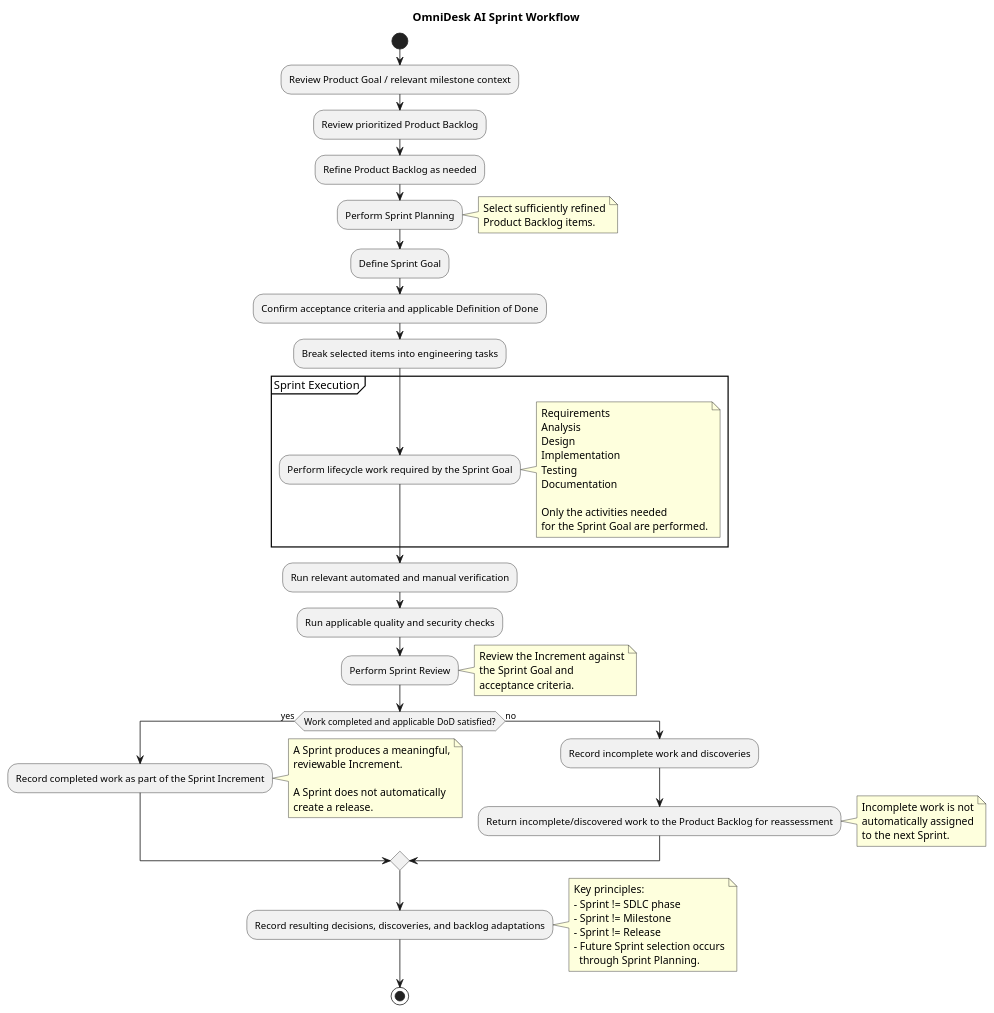
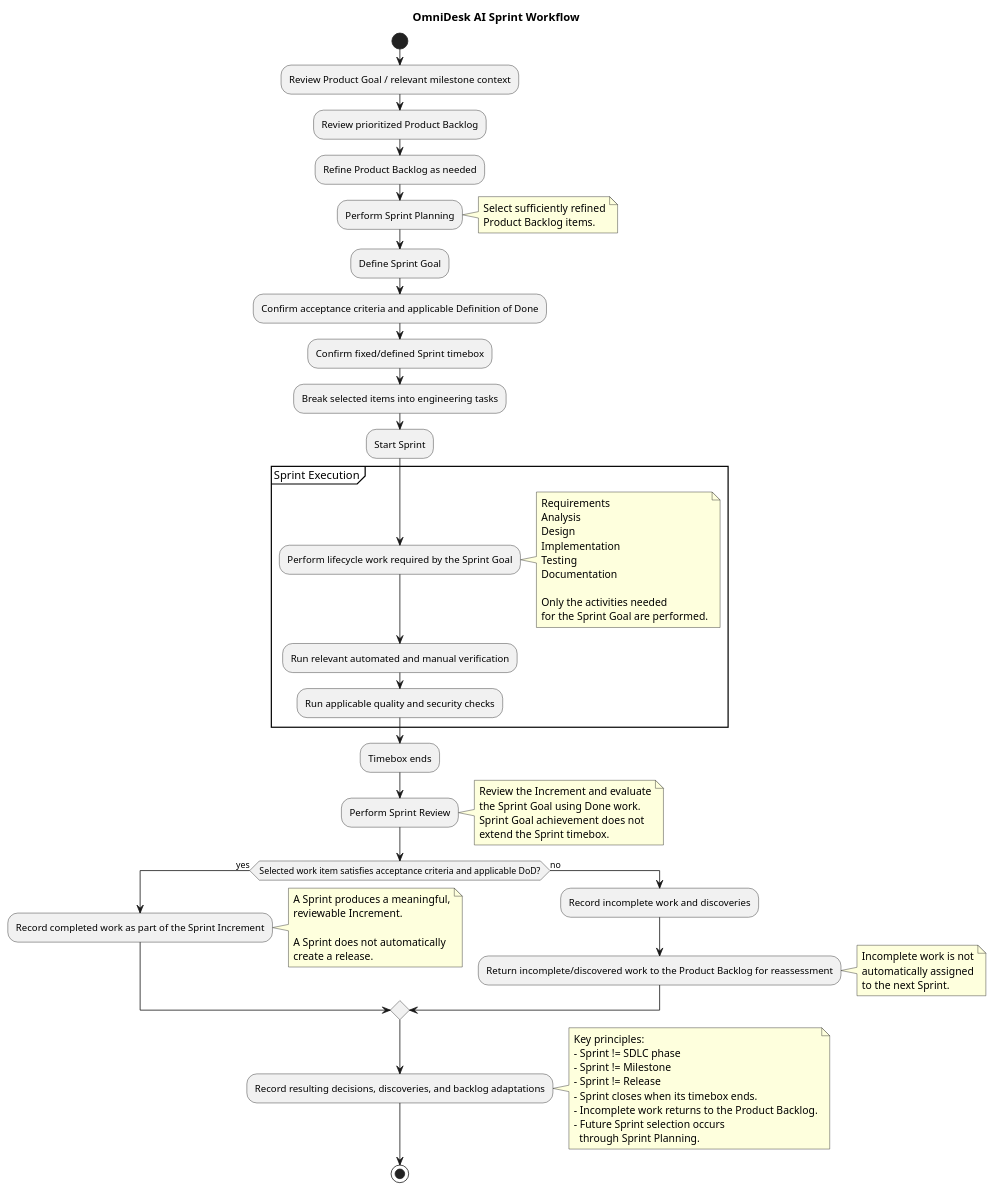
Before and after one commit to Farhad-Valizadegan/Web-OmniDesk: the diagram in docs/Project-Management/diagrams/sprint-workflow.puml, drawn with PlantUML.

Commit message:
docs: align Sprint workflow diagram with timebox semantics

```diff
--- a/docs/Project-Management/diagrams/sprint-workflow.puml
+++ b/docs/Project-Management/diagrams/sprint-workflow.puml
@@ -1,75 +1,82 @@
 @startuml
 title OmniDesk AI Sprint Workflow
 
 start
 
 :Review Product Goal / relevant milestone context;
 :Review prioritized Product Backlog;
 :Refine Product Backlog as needed;
 :Perform Sprint Planning;
 note right
 Select sufficiently refined
 Product Backlog items.
 end note
 
 :Define Sprint Goal;
 :Confirm acceptance criteria and applicable Definition of Done;
+:Confirm fixed/defined Sprint timebox;
 :Break selected items into engineering tasks;
+:Start Sprint;
 
 partition "Sprint Execution" {
   :Perform lifecycle work required by the Sprint Goal;
   note right
   Requirements
   Analysis
   Design
   Implementation
   Testing
   Documentation
 
   Only the activities needed
   for the Sprint Goal are performed.
   end note
+
+  :Run relevant automated and manual verification;
+  :Run applicable quality and security checks;
 }
 
-:Run relevant automated and manual verification;
-:Run applicable quality and security checks;
+:Timebox ends;
 :Perform Sprint Review;
 note right
-Review the Increment against
-the Sprint Goal and
-acceptance criteria.
+Review the Increment and evaluate
+the Sprint Goal using Done work.
+Sprint Goal achievement does not
+extend the Sprint timebox.
 end note
 
-if (Work completed and applicable DoD satisfied?) then (yes)
+if (Selected work item satisfies acceptance criteria and applicable DoD?) then (yes)
   :Record completed work as part of the Sprint Increment;
   note right
   A Sprint produces a meaningful,
   reviewable Increment.
 
   A Sprint does not automatically
   create a release.
   end note
 else (no)
   :Record incomplete work and discoveries;
   :Return incomplete/discovered work to the Product Backlog for reassessment;
   note right
   Incomplete work is not
   automatically assigned
   to the next Sprint.
   end note
 endif
 
 :Record resulting decisions, discoveries, and backlog adaptations;
 
 note right
 Key principles:
 - Sprint != SDLC phase
 - Sprint != Milestone
 - Sprint != Release
+- Sprint closes when its timebox ends.
+- Incomplete work returns to the Product Backlog.
 - Future Sprint selection occurs
   through Sprint Planning.
 end note
 
 stop
 
 @enduml
```
